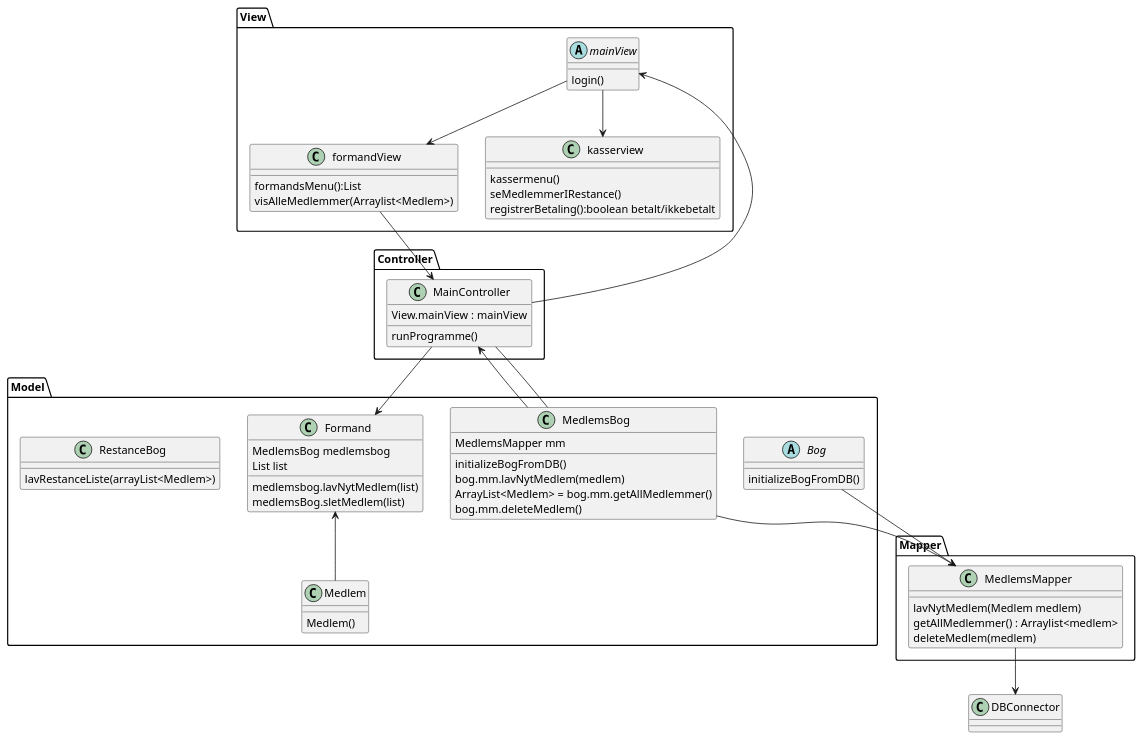
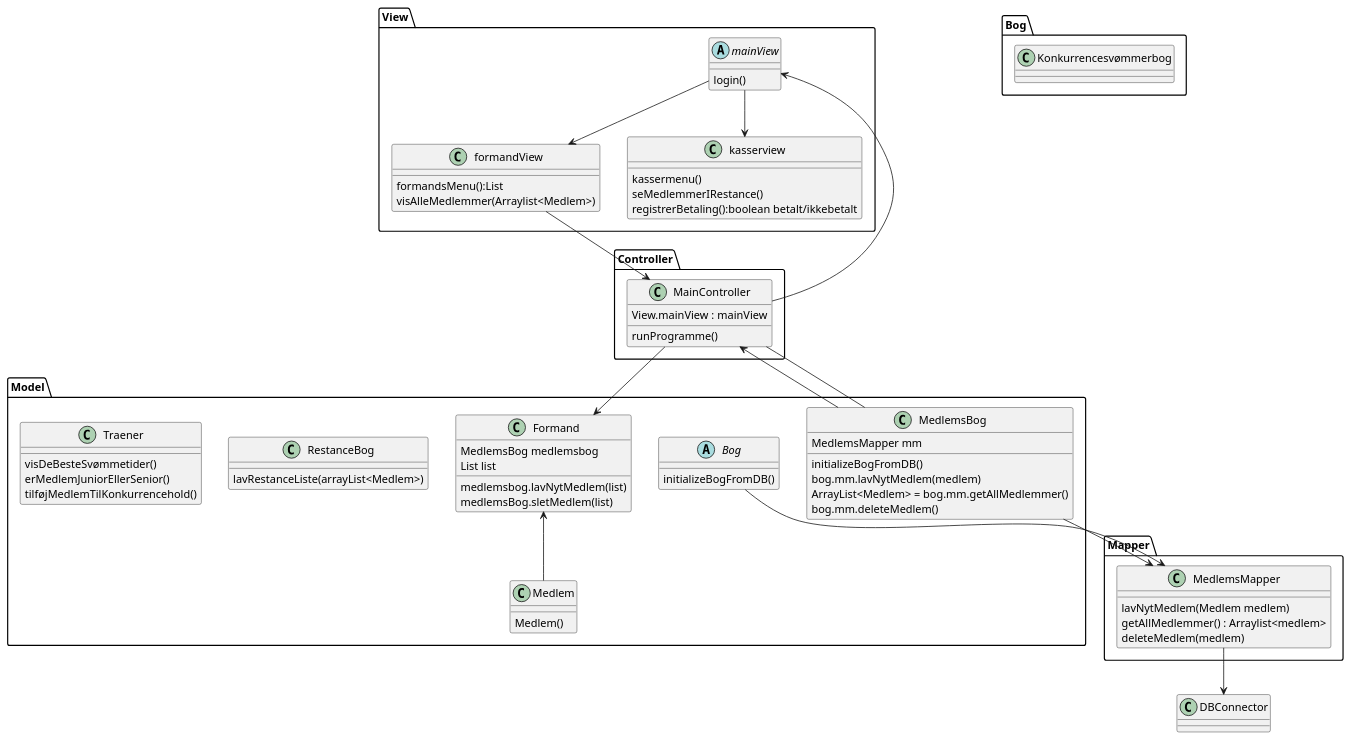
One commit to Ditte-crypto/Delfinen2 changed the diagram in KlasseDiagram.puml. Above: the diagram before and after it, drawn with PlantUML. The commit also changed 7 other files, not shown here.

```diff
--- a/KlasseDiagram.puml
+++ b/KlasseDiagram.puml
@@ -1,62 +1,70 @@
 @startuml
 Class Controller.MainController{
 View.mainView : mainView
 runProgramme()
 }
 
 abstract Class View.mainView{
 
 login()
 }
 Class View.formandView{
 formandsMenu():List
 visAlleMedlemmer(Arraylist<Medlem>)
 }
 Class Model.Formand{
 MedlemsBog medlemsbog
 List list
 medlemsbog.lavNytMedlem(list)
 medlemsBog.sletMedlem(list)
 }
 Class Model.Medlem{
 Medlem()
 }
 Abstract Class Model.Bog{
 initializeBogFromDB()
 
 }
 Class Model.MedlemsBog{
 initializeBogFromDB()
 MedlemsMapper mm
 bog.mm.lavNytMedlem(medlem)
 ArrayList<Medlem> = bog.mm.getAllMedlemmer()
 bog.mm.deleteMedlem()
 }
 Class Mapper.MedlemsMapper{
 lavNytMedlem(Medlem medlem)
 getAllMedlemmer() : Arraylist<medlem>
 deleteMedlem(medlem)
 }
 Class DBConnector{
 }
 Class View.kasserview{
 kassermenu()
 seMedlemmerIRestance()
 registrerBetaling():boolean betalt/ikkebetalt
 }
 Class Model.RestanceBog{
 lavRestanceListe(arrayList<Medlem>)
 }
+Class Model.Traener{
+visDeBesteSvømmetider()
+erMedlemJuniorEllerSenior()
+tilføjMedlemTilKonkurrencehold()
+}
+Class Bog.Konkurrencesvømmerbog{
+
+}
 View.mainView-->View.kasserview
 Controller.MainController-->View.mainView
 View.mainView --> View.formandView
 View.formandView-->Controller.MainController
 Controller.MainController-->Model.Formand
 Model.Formand<--Model.Medlem
 Model.Bog-->Mapper.MedlemsMapper
 Controller.MainController--Model.MedlemsBog
 Model.MedlemsBog-->Mapper.MedlemsMapper
 Mapper.MedlemsMapper-->DBConnector
 Model.MedlemsBog-->Controller.MainController
 
 @enduml
```
